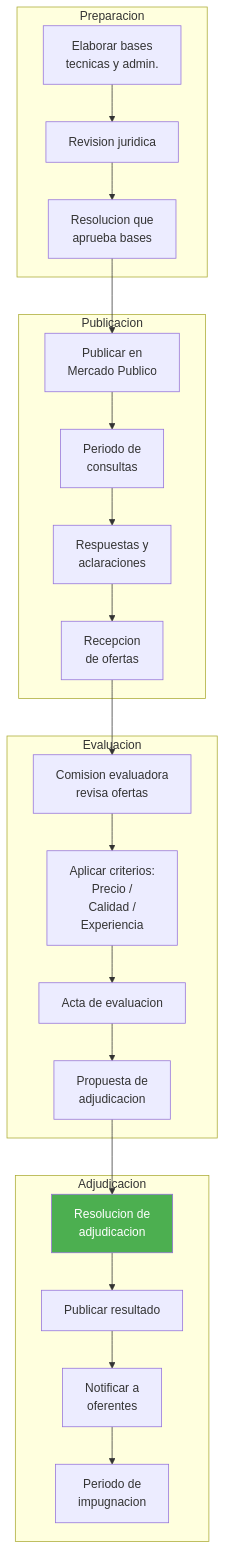
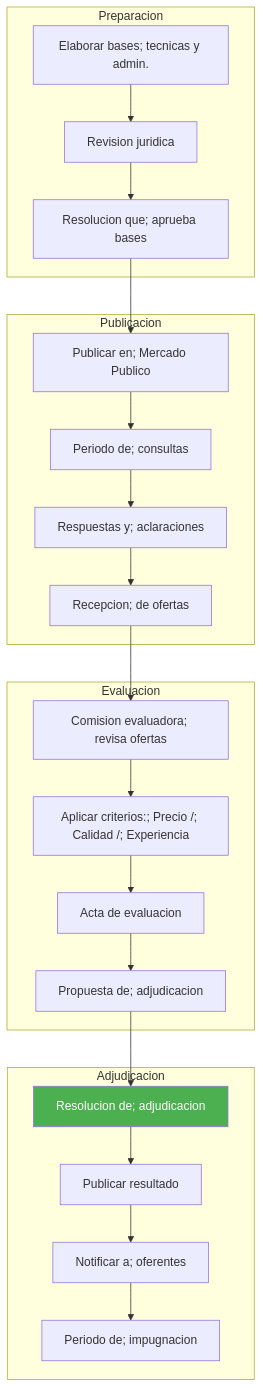
The fourth of 5 diagrams in KNOWLEDGE/gn/kb/manual-compras-contrataciones.md (felix-antonio-sl/kora), drawn with Mermaid before and after one commit. The commit also changed other lines of this file and 1034 other files, not shown here.

````diff
--- a/KNOWLEDGE/gn/kb/manual-compras-contrataciones.md
+++ b/KNOWLEDGE/gn/kb/manual-compras-contrataciones.md
@@ -179,33 +190,33 @@
 ```mermaid
 flowchart TD
-    subgraph PREPARACION["Preparacion"]
-        A["Elaborar bases<br/>tecnicas y admin."]
-        B["Revision juridica"]
-        C["Resolucion que<br/>aprueba bases"]
-    end
+ subgraph PREPARACION["Preparacion"]
+ A["Elaborar bases; tecnicas y admin."]
+ B["Revision juridica"]
+ C["Resolucion que; aprueba bases"]
+ end
 
-    subgraph PUBLICACION["Publicacion"]
-        D["Publicar en<br/>Mercado Publico"]
-        E["Periodo de<br/>consultas"]
-        F["Respuestas y<br/>aclaraciones"]
-        G["Recepcion<br/>de ofertas"]
-    end
+ subgraph PUBLICACION["Publicacion"]
+ D["Publicar en; Mercado Publico"]
+ E["Periodo de; consultas"]
+ F["Respuestas y; aclaraciones"]
+ G["Recepcion; de ofertas"]
+ end
 
-    subgraph EVALUACION["Evaluacion"]
-        H["Comision evaluadora<br/>revisa ofertas"]
-        I["Aplicar criterios:<br/>Precio /<br/>Calidad /<br/>Experiencia"]
-        J["Acta de evaluacion"]
-        K["Propuesta de<br/>adjudicacion"]
-    end
+ subgraph EVALUACION["Evaluacion"]
+ H["Comision evaluadora; revisa ofertas"]
+ I["Aplicar criterios:; Precio /; Calidad /; Experiencia"]
+ J["Acta de evaluacion"]
+ K["Propuesta de; adjudicacion"]
+ end
 
-    subgraph ADJUDICACION["Adjudicacion"]
-        L["Resolucion de<br/>adjudicacion"]
-        M["Publicar resultado"]
-        N["Notificar a<br/>oferentes"]
-        O["Periodo de<br/>impugnacion"]
-    end
+ subgraph ADJUDICACION["Adjudicacion"]
+ L["Resolucion de; adjudicacion"]
+ M["Publicar resultado"]
+ N["Notificar a; oferentes"]
+ O["Periodo de; impugnacion"]
+ end
 
-    A --> B --> C --> D --> E --> F --> G --> H --> I --> J --> K --> L --> M --> N --> O
+ A --> B --> C --> D --> E --> F --> G --> H --> I --> J --> K --> L --> M --> N --> O
 
-    style L fill:#4CAF50,color:#fff
+ style L fill:#4CAF50,color:#fff
 ```
````
